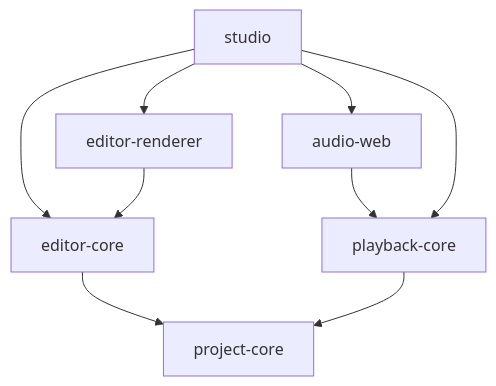
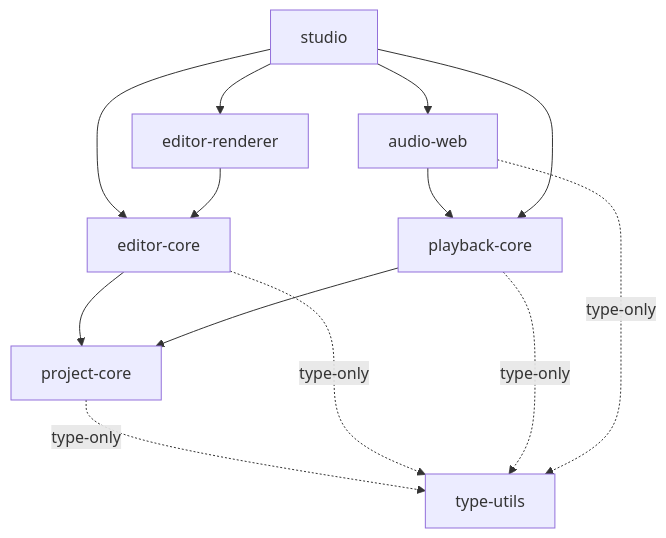
The third of 4 diagrams in docs/architecture/web-daw-long-term-architecture-v3.md (Dyolem/seele-daw), drawn with Mermaid before and after one commit. The commit also changed other lines of this file and 23 other files, not shown here.

````diff
--- a/docs/architecture/web-daw-long-term-architecture-v3.md
+++ b/docs/architecture/web-daw-long-term-architecture-v3.md
@@ -255,11 +256,16 @@
 ```mermaid
 flowchart TD
+  TU["type-utils"]
   APP["studio"] --> ED["editor-core"]
   APP --> REN["editor-renderer"]
   APP --> AW["audio-web"]
   ED --> PC["project-core"]
   REN --> ED
   PB["playback-core"] --> PC
   AW --> PB
   APP --> PB
+  PC -. "type-only" .-> TU
+  ED -. "type-only" .-> TU
+  PB -. "type-only" .-> TU
+  AW -. "type-only" .-> TU
 ```
````
